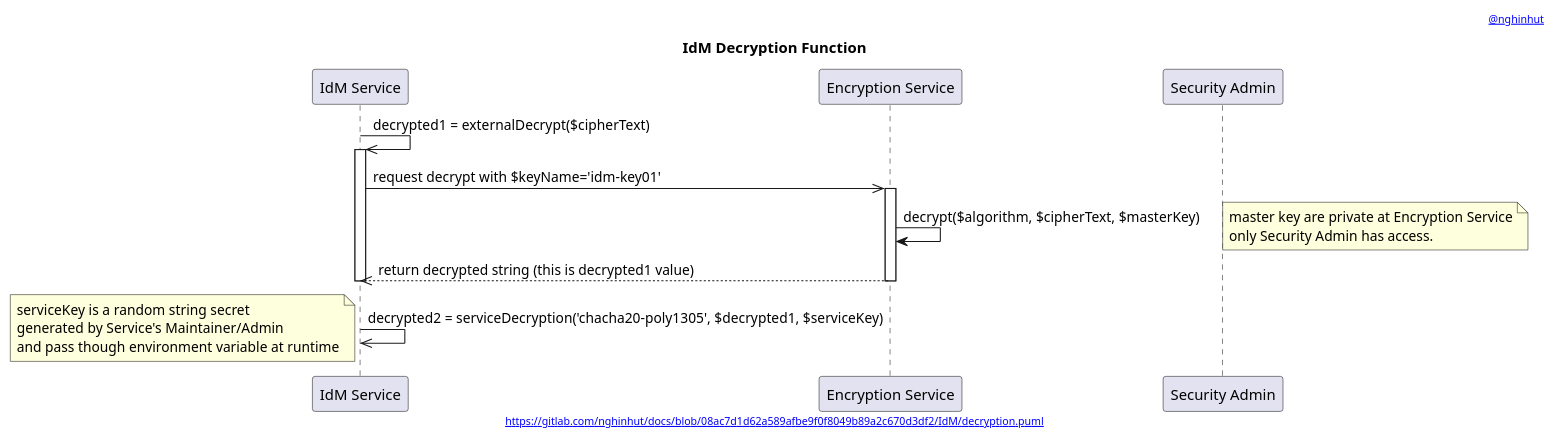
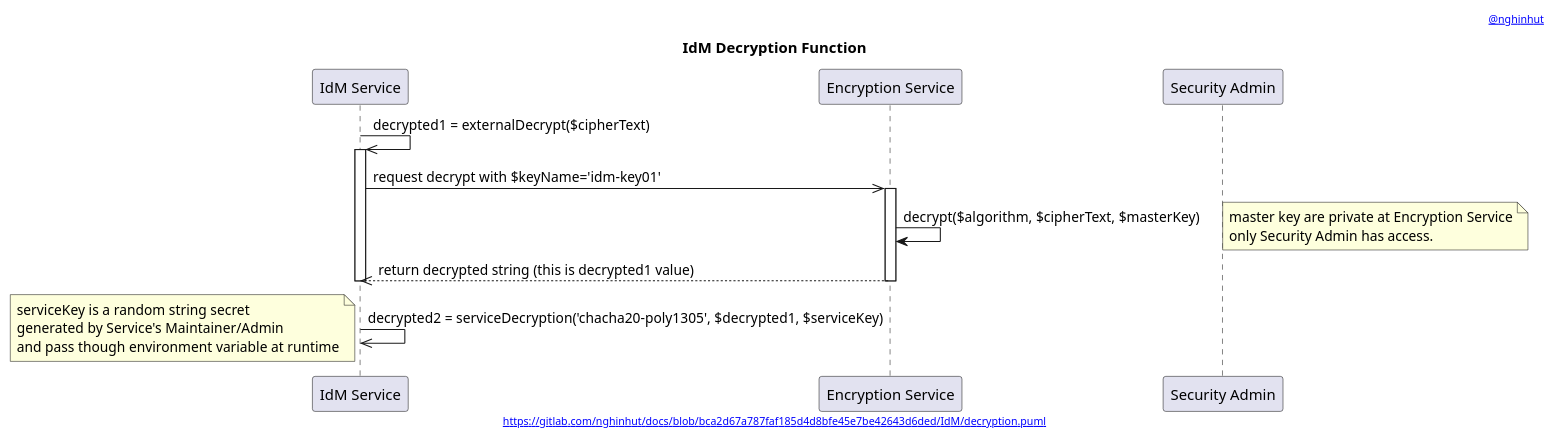
Before and after one commit to nghinhut/docs: the diagram in IdM/decryption.function.puml, drawn with PlantUML. The commit also changed 24 other files, not shown here.

```diff
--- a/IdM/decryption.function.puml
+++ b/IdM/decryption.function.puml
@@ -1,32 +1,32 @@
 @startuml
 '-----START auto generated metadata please keep comment here to allow auto update-----
 '-----DON'T EDIT THIS SECTION, INSTEAD RE-RUN prebuild.sh TO UPDATE-----
-header [[https://www.nghinhut.dev?from=http%5C%3A%5C%2F%5C%2Fwww%5C.plantuml%5C.com%5C%2Fplantuml%5C%2Fproxy%3Ffmt%3Dsvg%5C%26src%3Dhttps%5C%3A%5C%2F%5C%2Fgitlab%5C.com%5C%2Fnghinhut%5C%2Fdocs%5C%2Fraw%5C%2F08ac7d1d62a589afbe9f0f8049b89a2c670d3df2%5C%2FIdM%5C%2Fdecryption%5C.puml%0A @nghinhut]]
-footer [[http://www.plantuml.com/plantuml/proxy?fmt=svg&src=https://gitlab.com/nghinhut/docs/raw/08ac7d1d62a589afbe9f0f8049b89a2c670d3df2/IdM/decryption.puml https://gitlab.com/nghinhut/docs/blob/08ac7d1d62a589afbe9f0f8049b89a2c670d3df2/IdM/decryption.puml]]
+header [[https://www.nghinhut.dev?from=http%5C%3A%5C%2F%5C%2Fwww%5C.plantuml%5C.com%5C%2Fplantuml%5C%2Fproxy%3Ffmt%3Dsvg%5C%26src%3Dhttps%5C%3A%5C%2F%5C%2Fgitlab%5C.com%5C%2Fnghinhut%5C%2Fdocs%5C%2Fraw%5C%2Fbca2d67a787faf185d4d8bfe45e7be42643d6ded%5C%2FIdM%5C%2Fdecryption%5C.puml%0A @nghinhut]]
+footer [[http://www.plantuml.com/plantuml/proxy?fmt=svg&src=https://gitlab.com/nghinhut/docs/raw/bca2d67a787faf185d4d8bfe45e7be42643d6ded/IdM/decryption.puml https://gitlab.com/nghinhut/docs/blob/bca2d67a787faf185d4d8bfe45e7be42643d6ded/IdM/decryption.puml]]
 '-----END auto generated metadata please keep comment here to allow auto update-----
 title IdM Decryption Function
 participant "IdM Service" as idm
 participant "Encryption Service" as es
 participant "Security Admin" as esAdmin
 
 
 idm ->> idm : decrypted1 = externalDecrypt($cipherText)
 activate idm
     idm ->> es : request decrypt with $keyName='idm-key01'
     activate es
         es -> es : decrypt($algorithm, $cipherText, $masterKey)
         note right
             master key are private at Encryption Service
             only Security Admin has access.
         end note
         idm <<-- es : return decrypted string (this is decrypted1 value)
     deactivate es
 deactivate idm
 
 idm ->> idm : decrypted2 = serviceDecryption('chacha20-poly1305', $decrypted1, $serviceKey)
 note left
     serviceKey is a random string secret
     generated by Service's Maintainer/Admin
     and pass though environment variable at runtime
 end note
 @enduml
```
